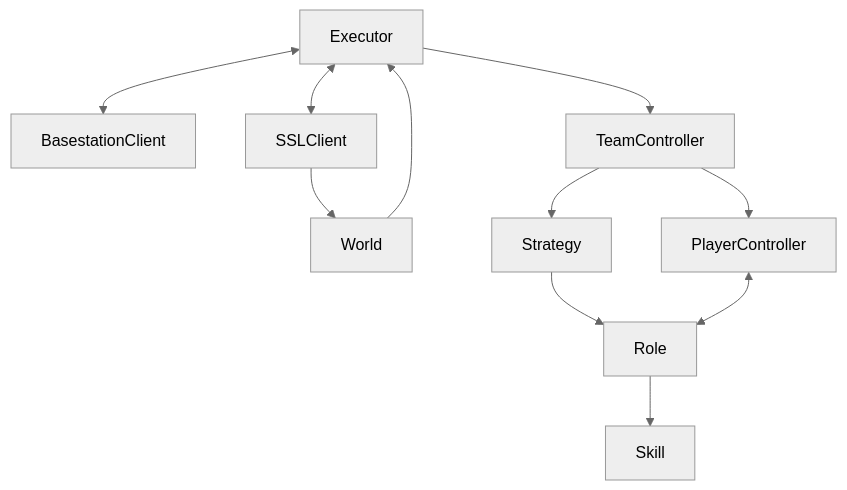
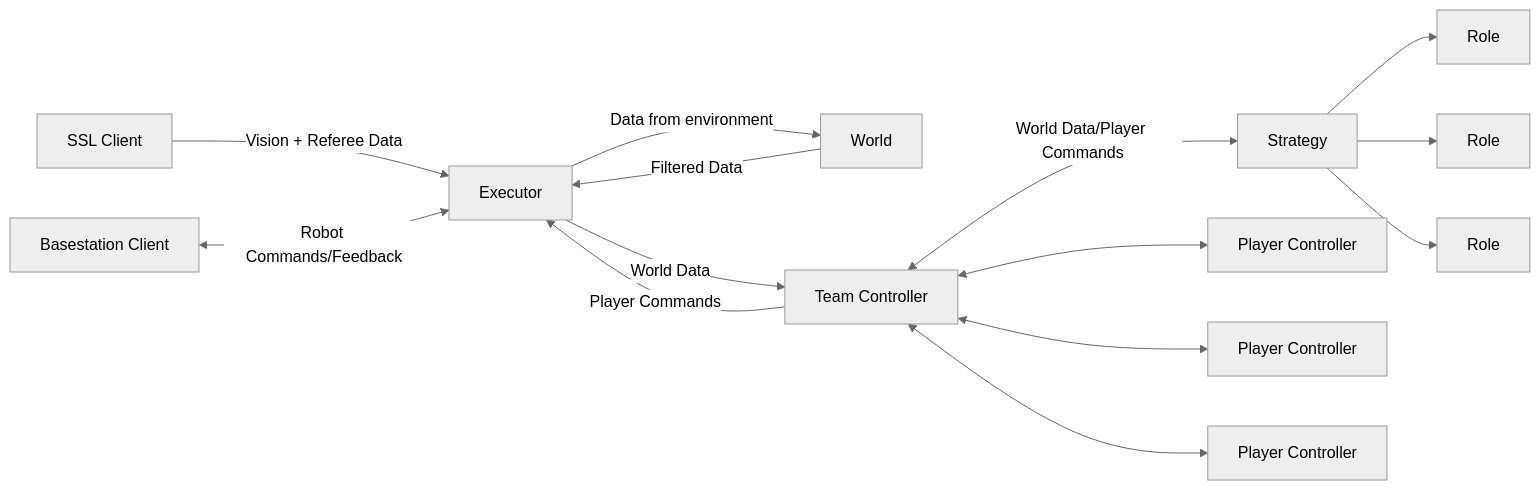
Before and after one commit to DelftMercurians/Dies: the second of 2 diagrams in docs/src/architecture.md, drawn with Mermaid (neutral theme). The commit also changed 2 other files, not shown here.

````diff
--- a/docs/src/architecture.md
+++ b/docs/src/architecture.md
@@ -28,13 +28,16 @@
 ```mermaid
-graph TD
-Executor <--> BasestationClient
-    Executor <--> SSLClient
-    World --> Executor
-    Executor --> TeamController
-    SSLClient --> World
-    TeamController --> PlayerController
-    TeamController --> Strategy
-    Strategy --> Role
-    Role --> Skill
-    PlayerController <--> Role
+flowchart LR
+    SSL[SSL Client] -- Vision + Referee Data --> Executor
+    BS[Basestation Client] <-- Robot Commands/Feedback --> Executor
+    Executor -- Data from environment  --> World
+    World -- Filtered Data --> Executor
+    Executor -- World Data --> Team[Team Controller]
+    Team -- Player Commands --> Executor
+    Team <-- World Data/Player Commands --> Strategy[Strategy]
+    Strategy --> Role1[Role]
+    Strategy --> Role2[Role]
+    Strategy --> Role3[Role]
+    Team <--> Player1[Player Controller]
+    Team <--> Player2[Player Controller]
+    Team <--> Player3[Player Controller]
 ```
````
